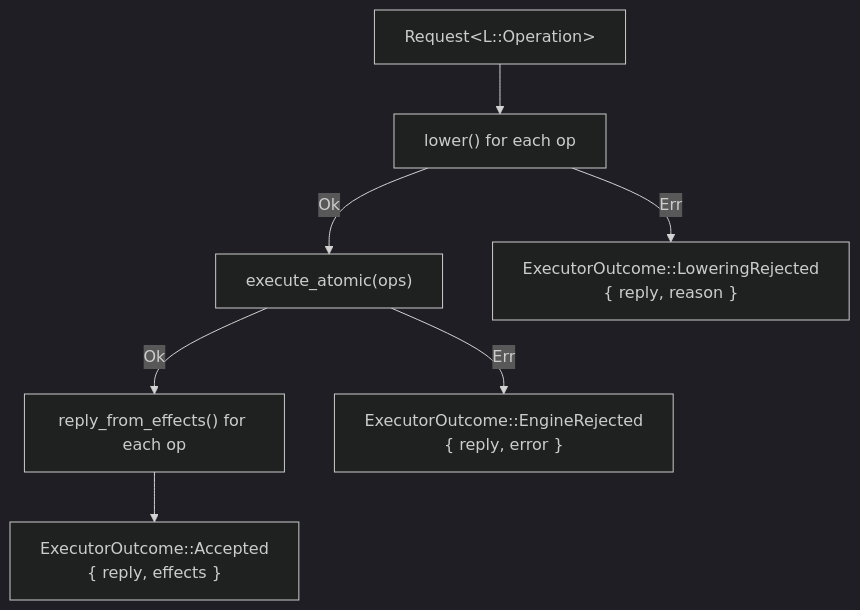
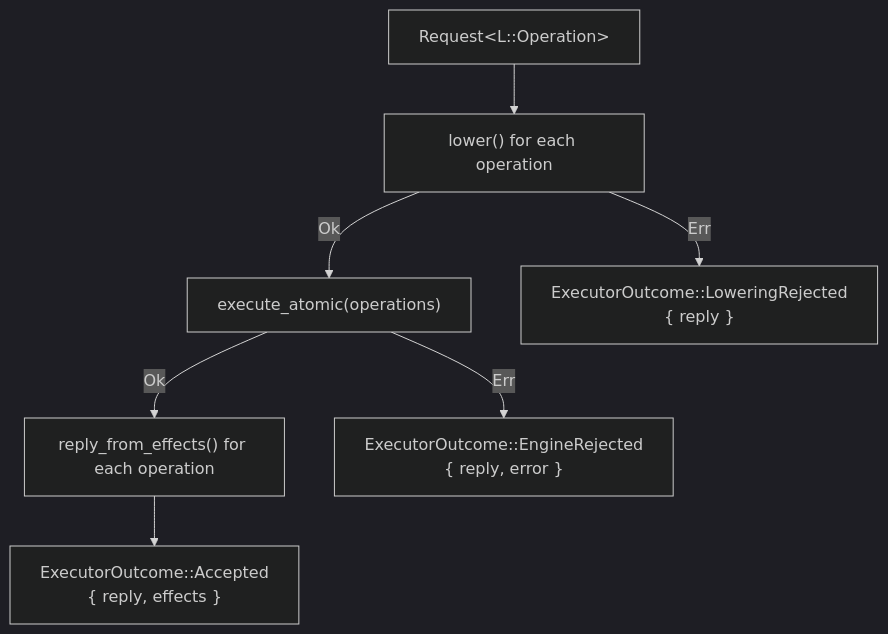
Before and after one commit to LiGoldragon/signal-executor: the first of 3 diagrams in ARCHITECTURE.md, drawn with Mermaid (dark theme). The commit also changed other lines of this file and 7 other files, not shown here.

Commit message:
executor: carry lowering rejections as typed subreplies

````diff
--- a/ARCHITECTURE.md
+++ b/ARCHITECTURE.md
@@ -87,18 +87,18 @@
 ```mermaid
 flowchart TD
     request["Request&lt;L::Operation&gt;"]
-    lower["lower() for each op"]
-    engine["execute_atomic(ops)"]
-    map["reply_from_effects() for each op"]
+    lower["lower() for each operation"]
+    engine["execute_atomic(operations)"]
+    map["reply_from_effects() for each operation"]
 
     accepted["ExecutorOutcome::Accepted<br/>{ reply, effects }"]
-    lrej["ExecutorOutcome::LoweringRejected<br/>{ reply, reason }"]
+    lrej["ExecutorOutcome::LoweringRejected<br/>{ reply }"]
     erej["ExecutorOutcome::EngineRejected<br/>{ reply, error }"]
 
     request --> lower
     lower -- Ok --> engine
     lower -- Err --> lrej
     engine -- Ok --> map
     engine -- Err --> erej
     map --> accepted
 ```
````
